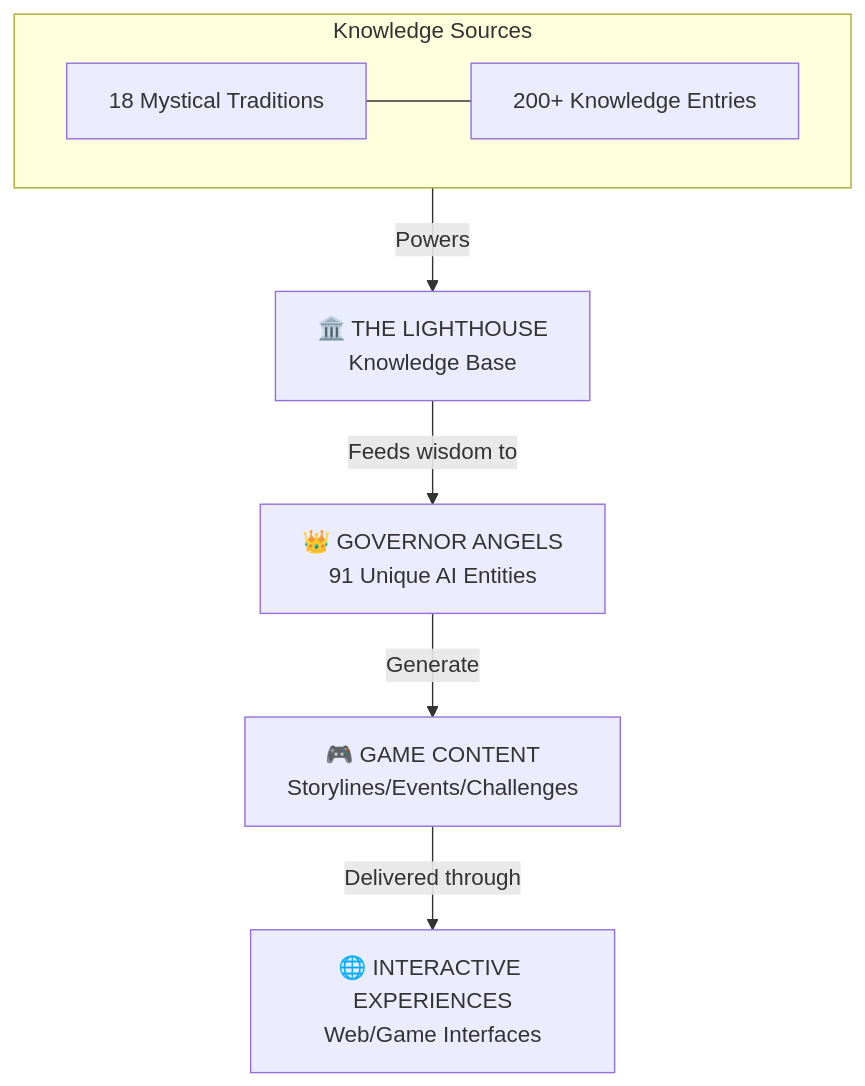
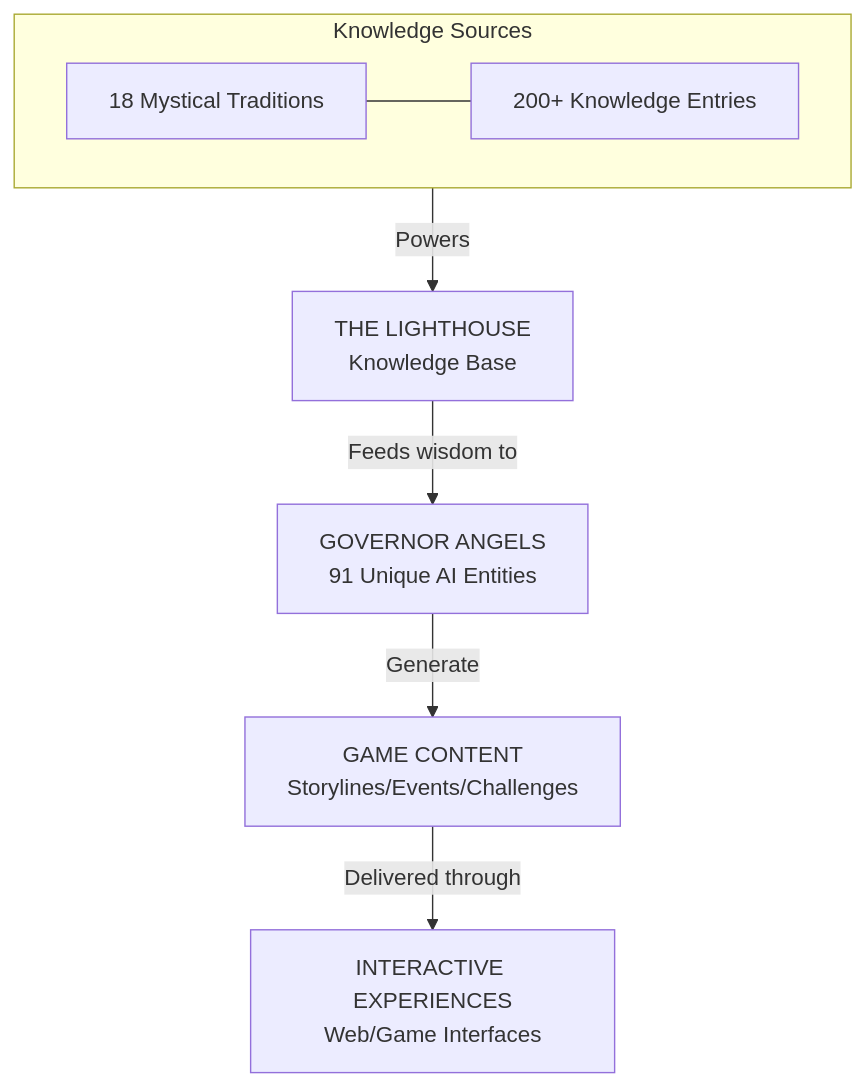
The diagram in docs/architecture/diagrams/core_architecture.md (BTCEnoch/gov), drawn with Mermaid before and after one commit. The commit also changed other lines of this file and 83 other files, not shown here.

First line of the commit message:
SACRED CODEX PURIFICATION & ARCHITECTURE COMPLETION

````diff
--- a/docs/architecture/diagrams/core_architecture.md
+++ b/docs/architecture/diagrams/core_architecture.md
@@ -5,19 +5,19 @@
 ```mermaid
 graph TD
-    LH["🏛️ THE LIGHTHOUSE<br/>Knowledge Base"]
-    GA["👑 GOVERNOR ANGELS<br/>91 Unique AI Entities"]
-    GC["🎮 GAME CONTENT<br/>Storylines/Events/Challenges"]
-    IE["🌐 INTERACTIVE EXPERIENCES<br/>Web/Game Interfaces"]
-    
+    LH[" THE LIGHTHOUSE<br/>Knowledge Base"]
+    GA[" GOVERNOR ANGELS<br/>91 Unique AI Entities"]
+    GC[" GAME CONTENT<br/>Storylines/Events/Challenges"]
+    IE[" INTERACTIVE EXPERIENCES<br/>Web/Game Interfaces"]
+
     LH -->|"Feeds wisdom to"| GA
     GA -->|"Generate"| GC
     GC -->|"Delivered through"| IE
 
     subgraph Knowledge["Knowledge Sources"]
         MT["18 Mystical Traditions"]
         KE["200+ Knowledge Entries"]
         MT --- KE
     end
 
     Knowledge -->|"Powers"| LH
 ```
````
